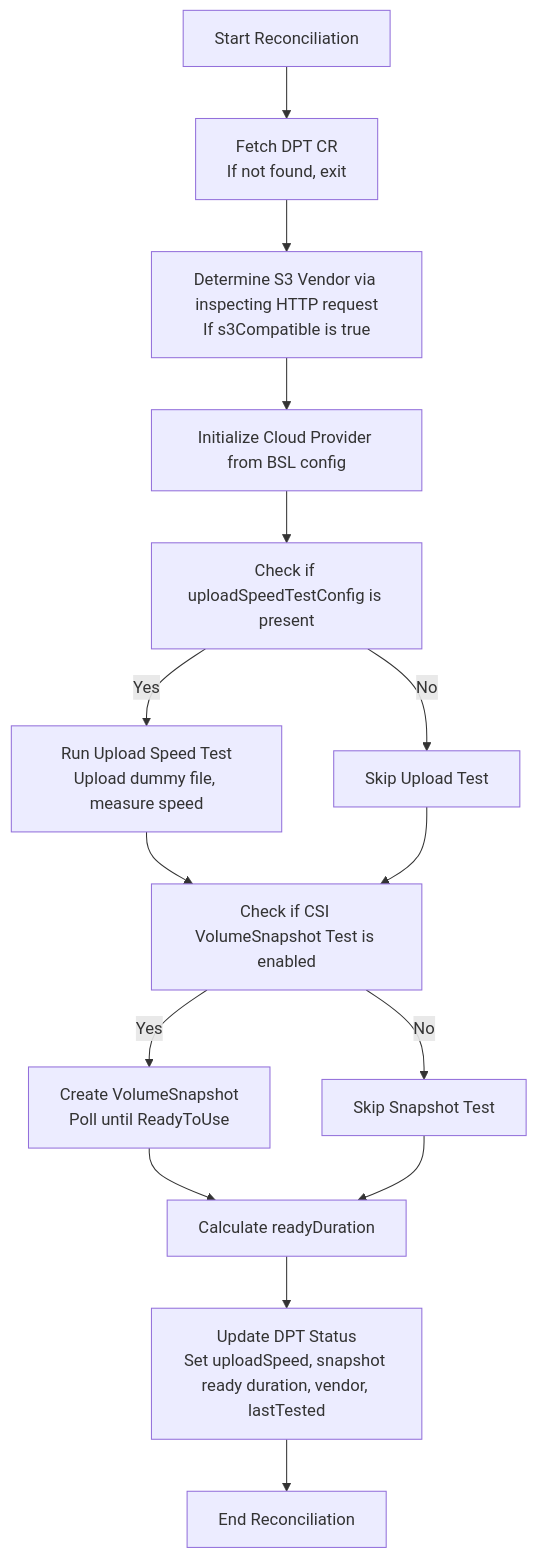
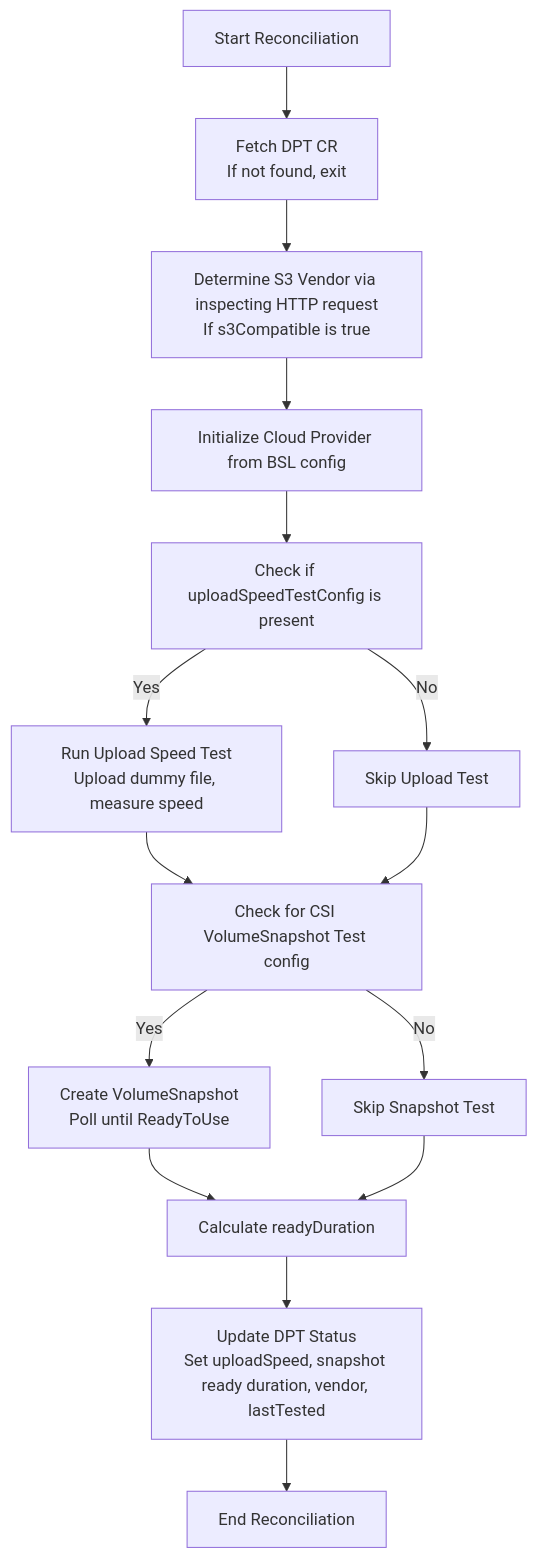
One commit to openshift/oadp-operator changed the diagram in docs/design/data-protection-test.md. Above: the diagram before and after it, drawn with Mermaid. The commit also changed other lines of this file, not shown here.

Commit message:
remove DPA integration and add support for multiple CSI VS

````diff
--- a/docs/design/data-protection-test.md
+++ b/docs/design/data-protection-test.md
@@ -198,18 +187,18 @@
 ```mermaid
 flowchart TD
   A[Start Reconciliation] --> B[Fetch DPT CR<br/>If not found, exit]
   B --> C[Determine S3 Vendor via inspecting HTTP request<br/>If s3Compatible is true]
   C --> D[Initialize Cloud Provider from BSL config]
   D --> E[Check if uploadSpeedTestConfig is present]
   E -->|Yes| F[Run Upload Speed Test<br/>Upload dummy file, measure speed]
   E -->|No| G[Skip Upload Test]
   F --> H
   G --> H
-  H[Check if CSI VolumeSnapshot Test is enabled] -->|Yes| I[Create VolumeSnapshot<br/>Poll until ReadyToUse]
+  H[Check for CSI VolumeSnapshot Test config] -->|Yes| I[Create VolumeSnapshot<br/>Poll until ReadyToUse]
   H -->|No| J[Skip Snapshot Test]
   I --> K[Calculate readyDuration]
   J --> K
   K --> L[Update DPT Status<br/>Set uploadSpeed, snapshot ready duration, vendor, lastTested]
   L --> M[End Reconciliation]
 
 ```
````
